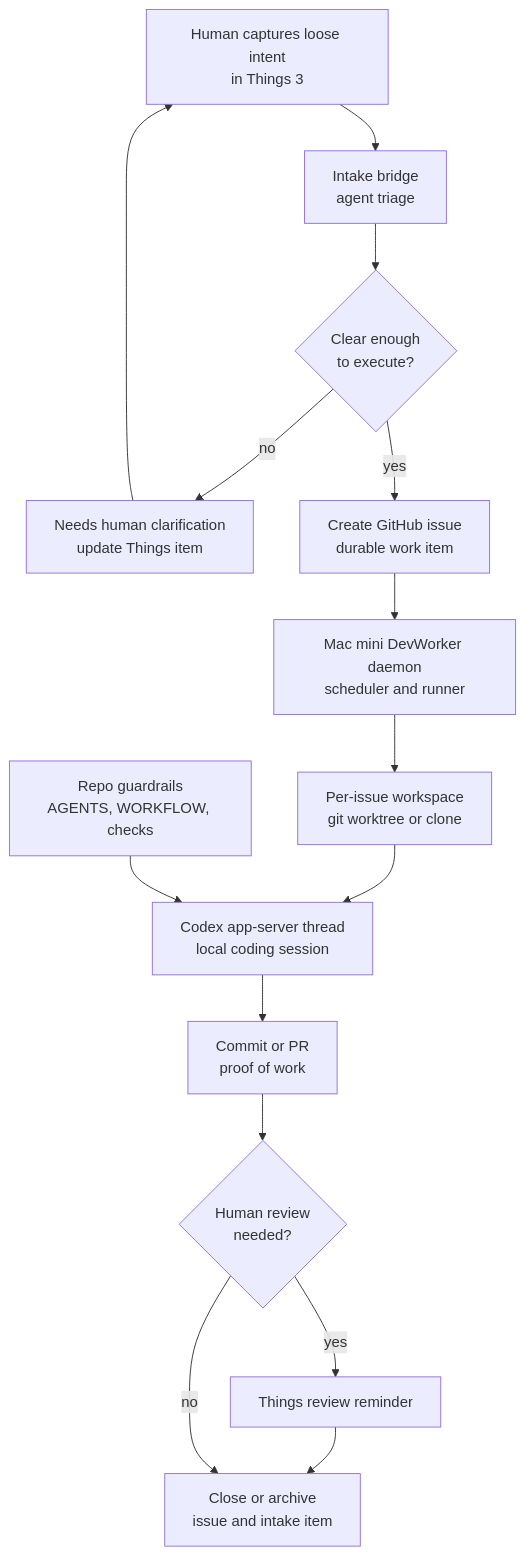
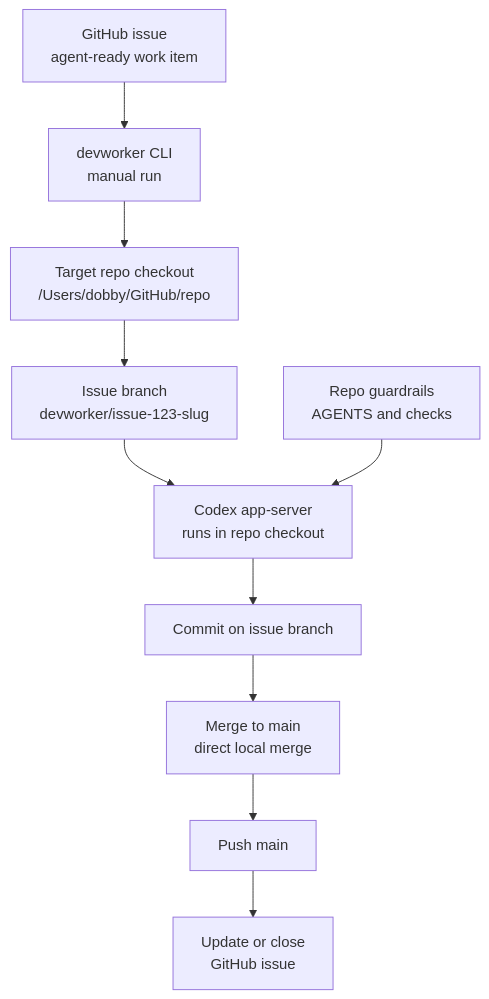
One commit to wisdom-in-a-nutshell/.agents changed the diagram in docs/architecture/devworker-orchestration.md. Above: the diagram before and after it, drawn with Mermaid. The commit also changed other lines of this file, not shown here.

Commit message:
Agent: 2026-04-28 09:08:00Z

````diff
--- a/docs/architecture/devworker-orchestration.md
+++ b/docs/architecture/devworker-orchestration.md
@@ -9,31 +9,23 @@
 ```mermaid
 flowchart TD
-    A[Human captures loose intent<br/>in Things 3]
-    B[Intake bridge<br/>agent triage]
-    C{Clear enough<br/>to execute?}
-    D[Needs human clarification<br/>update Things item]
-    E[Create GitHub issue<br/>durable work item]
-    F[Mac mini DevWorker daemon<br/>scheduler and runner]
-    G[Per-issue workspace<br/>git worktree or clone]
-    H[Codex app-server thread<br/>local coding session]
-    I[Repo guardrails<br/>AGENTS, WORKFLOW, checks]
-    J[Commit or PR<br/>proof of work]
-    K{Human review<br/>needed?}
-    L[Things review reminder]
-    M[Close or archive<br/>issue and intake item]
+    A[GitHub issue<br/>agent-ready work item]
+    B[devworker CLI<br/>manual run]
+    C[Target repo checkout<br/>/Users/dobby/GitHub/repo]
+    D[Issue branch<br/>devworker/issue-123-slug]
+    E[Codex app-server<br/>runs in repo checkout]
+    F[Repo guardrails<br/>AGENTS and checks]
+    G[Commit on issue branch]
+    H[Merge to main<br/>direct local merge]
+    I[Push main]
+    J[Update or close<br/>GitHub issue]
 
     A --> B
     B --> C
-    C -- no --> D
-    D --> A
-    C -- yes --> E
-    E --> F
-    F --> G
+    C --> D
+    D --> E
+    F --> E
+    E --> G
     G --> H
-    I --> H
-    H --> J
-    J --> K
-    K -- yes --> L
-    L --> M
-    K -- no --> M
+    H --> I
+    I --> J
 ```
````
